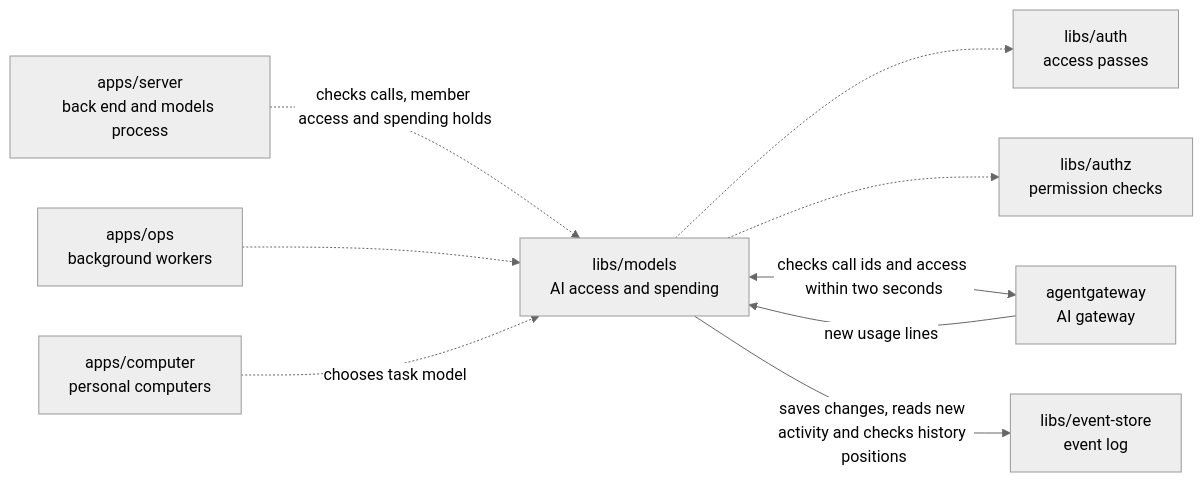
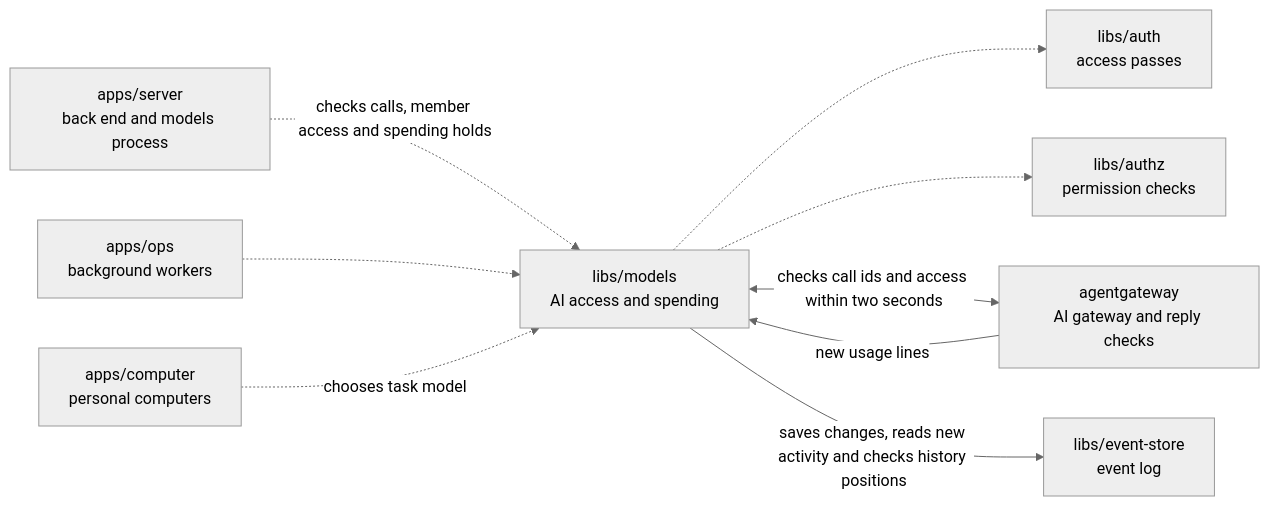
One commit to elewa-git/opencrane-new changed the diagram in libs/models/README.md. Above: the diagram before and after it, drawn with Mermaid (neutral theme). The commit also changed other lines of this file and 5 other files, not shown here.

````diff
--- a/libs/models/README.md
+++ b/libs/models/README.md
@@ -11,11 +11,11 @@
 ```mermaid
 flowchart LR
   server["apps/server<br/>back end and models process"] -.->|checks calls, member access and spending holds| models["libs/models<br/>AI access and spending"]
   ops["apps/ops<br/>background workers"] -.-> models
   computer["apps/computer<br/>personal computers"] -.->|chooses task model| models
   models -.-> auth["libs/auth<br/>access passes"]
   models -.-> authz["libs/authz<br/>permission checks"]
-  models <-->|checks call ids and access within two seconds| gateway["agentgateway<br/>AI gateway"]
+  models <-->|checks call ids and access within two seconds| gateway["agentgateway<br/>AI gateway and reply checks"]
   gateway -->|new usage lines| models
   models -->|saves changes, reads new activity and checks history positions| store["libs/event-store<br/>event log"]
 ```
````
